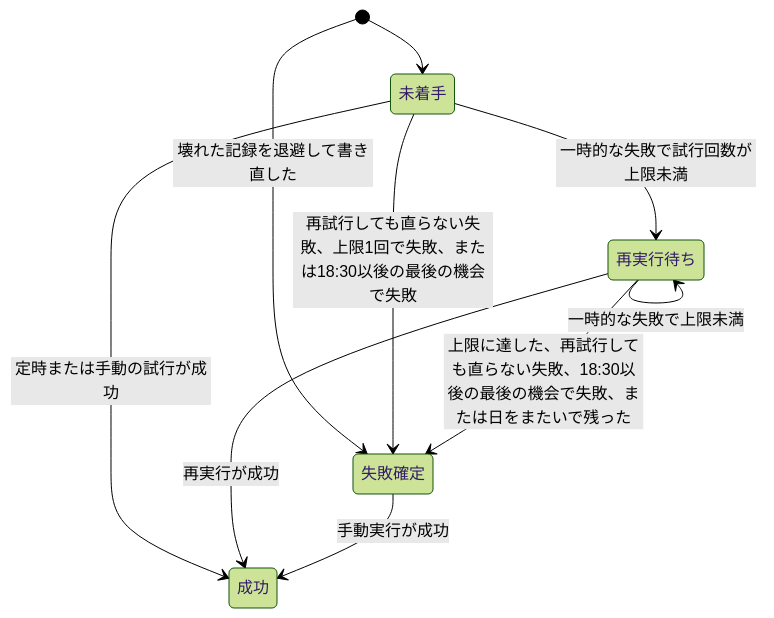
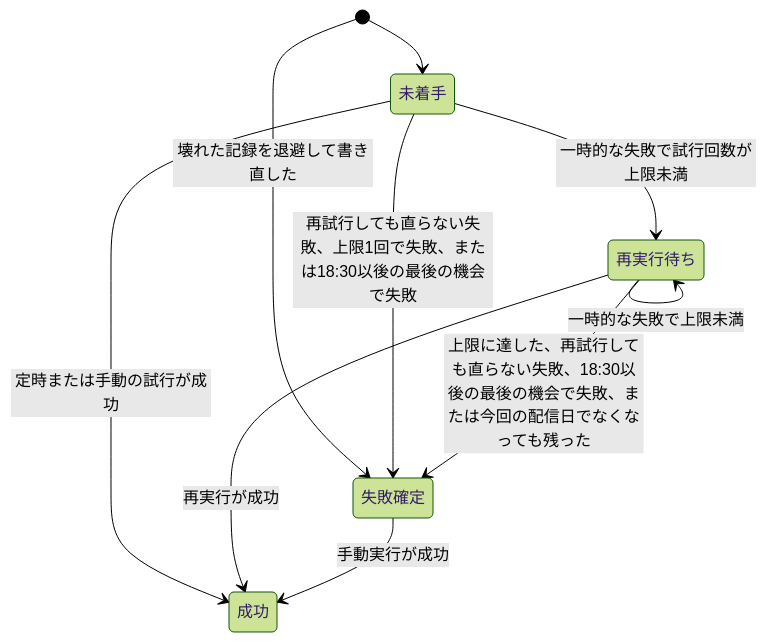
Before and after one commit to dnode-ryosuke-yamazaki/study: the sixth of 6 diagrams in apps/digest-platform/specs/batch-runner/design.md, drawn with Mermaid (forest theme). The commit also changed other lines of this file and 4 other files, not shown here.

````diff
--- a/apps/digest-platform/specs/batch-runner/design.md
+++ b/apps/digest-platform/specs/batch-runner/design.md
@@ -304,16 +304,16 @@
 ```mermaid
 stateDiagram-v2
     state "未着手" as pending
     state "再実行待ち" as retry
     state "成功" as succeeded
     state "失敗確定" as failed
     [*] --> pending
     [*] --> failed: 壊れた記録を退避して書き直した
     pending --> succeeded: 定時または手動の試行が成功
     pending --> retry: 一時的な失敗で試行回数が上限未満
     pending --> failed: 再試行しても直らない失敗、上限1回で失敗、または18:30以後の最後の機会で失敗
     retry --> succeeded: 再実行が成功
     retry --> retry: 一時的な失敗で上限未満
-    retry --> failed: 上限に達した、再試行しても直らない失敗、18:30以後の最後の機会で失敗、または日をまたいで残った
+    retry --> failed: 上限に達した、再試行しても直らない失敗、18:30以後の最後の機会で失敗、または今回の配信日でなくなっても残った
     failed --> succeeded: 手動実行が成功
 ```
````
